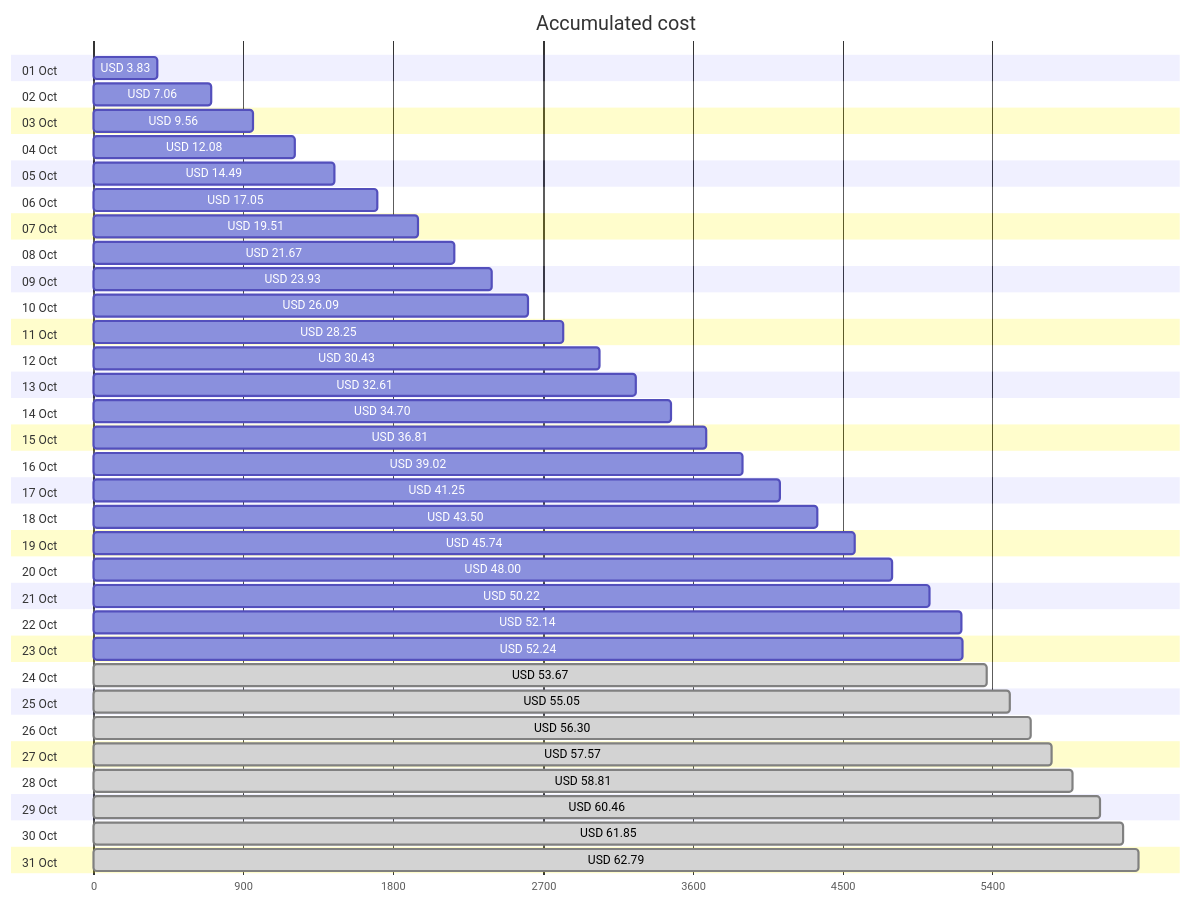
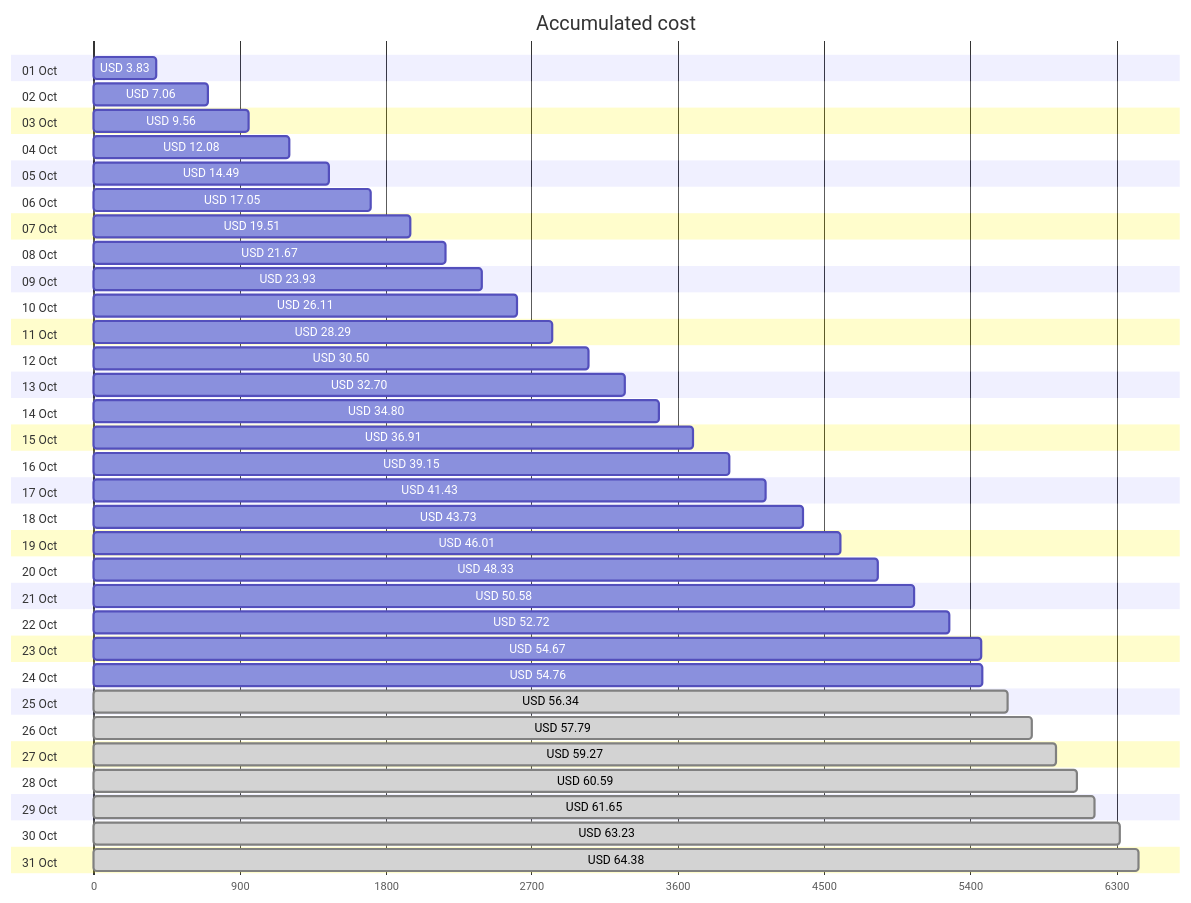
One commit to jpfulton/azure-personal-reports changed the first of 4 diagrams in cost-reports/accumulated-cost.md. Above: the diagram before and after it, drawn with Mermaid. The commit also changed other lines of this file and 4 other files, not shown here.

````diff
--- a/cost-reports/accumulated-cost.md
+++ b/cost-reports/accumulated-cost.md
@@ -20,68 +20,68 @@
 ```mermaid
 gantt
    title Accumulated cost
    dateFormat  X
    axisFormat %s
    section 01 Oct
    USD 3.83 :0, 383
    section 02 Oct
    USD 7.06 :0, 706
    section 03 Oct
    USD 9.56 :0, 956
    section 04 Oct
    USD 12.08 :0, 1208
    section 05 Oct
    USD 14.49 :0, 1449
    section 06 Oct
    USD 17.05 :0, 1705
    section 07 Oct
    USD 19.51 :0, 1951
    section 08 Oct
    USD 21.67 :0, 2167
    section 09 Oct
    USD 23.93 :0, 2393
    section 10 Oct
-   USD 26.09 :0, 2609
+   USD 26.11 :0, 2611
    section 11 Oct
-   USD 28.25 :0, 2825
+   USD 28.29 :0, 2829
    section 12 Oct
-   USD 30.43 :0, 3043
+   USD 30.50 :0, 3050
    section 13 Oct
-   USD 32.61 :0, 3261
+   USD 32.70 :0, 3270
    section 14 Oct
-   USD 34.70 :0, 3470
+   USD 34.80 :0, 3480
    section 15 Oct
-   USD 36.81 :0, 3681
+   USD 36.91 :0, 3691
    section 16 Oct
-   USD 39.02 :0, 3902
+   USD 39.15 :0, 3915
    section 17 Oct
-   USD 41.25 :0, 4125
+   USD 41.43 :0, 4143
    section 18 Oct
-   USD 43.50 :0, 4350
+   USD 43.73 :0, 4373
    section 19 Oct
-   USD 45.74 :0, 4574
+   USD 46.01 :0, 4601
    section 20 Oct
-   USD 48.00 :0, 4800
+   USD 48.33 :0, 4833
    section 21 Oct
-   USD 50.22 :0, 5022
+   USD 50.58 :0, 5058
    section 22 Oct
-   USD 52.14 :0, 5214
+   USD 52.72 :0, 5272
    section 23 Oct
-   USD 52.24 :0, 5224
+   USD 54.67 :0, 5467
    section 24 Oct
-   USD 53.67 : done, 0, 5367
+   USD 54.76 :0, 5476
    section 25 Oct
-   USD 55.05 : done, 0, 5505
+   USD 56.34 : done, 0, 5634
    section 26 Oct
-   USD 56.30 : done, 0, 5630
+   USD 57.79 : done, 0, 5779
    section 27 Oct
-   USD 57.57 : done, 0, 5757
+   USD 59.27 : done, 0, 5927
    section 28 Oct
-   USD 58.81 : done, 0, 5881
+   USD 60.59 : done, 0, 6059
    section 29 Oct
-   USD 60.46 : done, 0, 6046
+   USD 61.65 : done, 0, 6165
    section 30 Oct
-   USD 61.85 : done, 0, 6185
+   USD 63.23 : done, 0, 6323
    section 31 Oct
-   USD 62.79 : done, 0, 6279
+   USD 64.38 : done, 0, 6438
 ```
````
